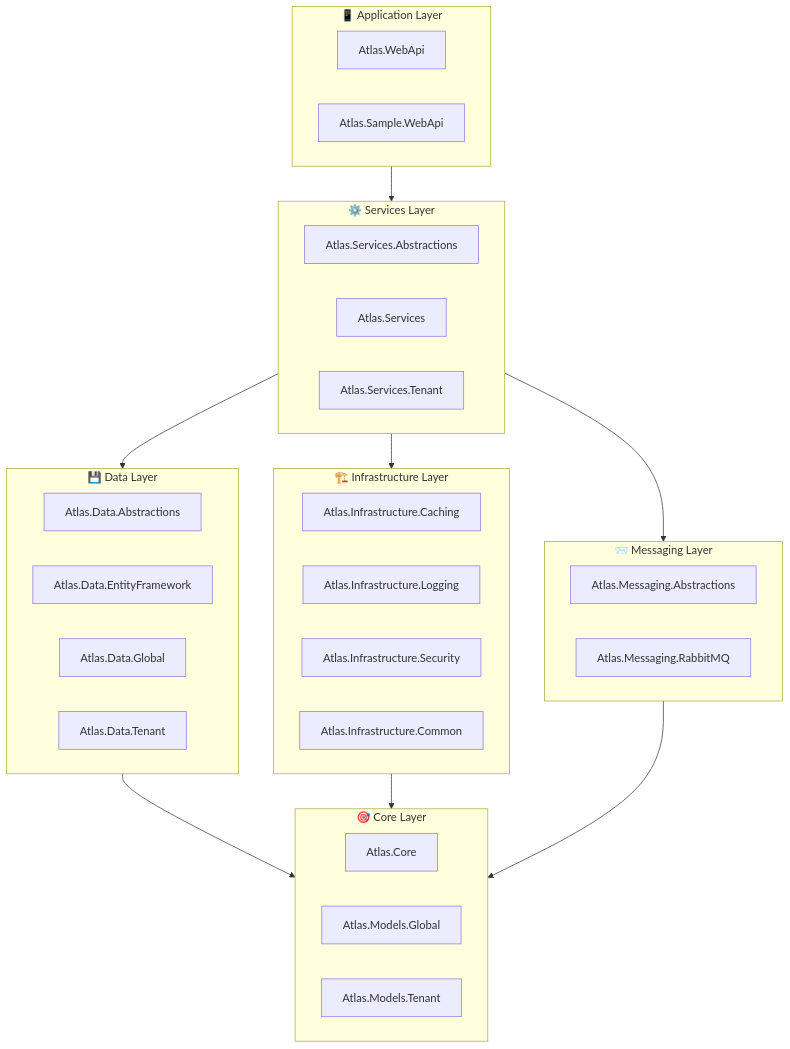
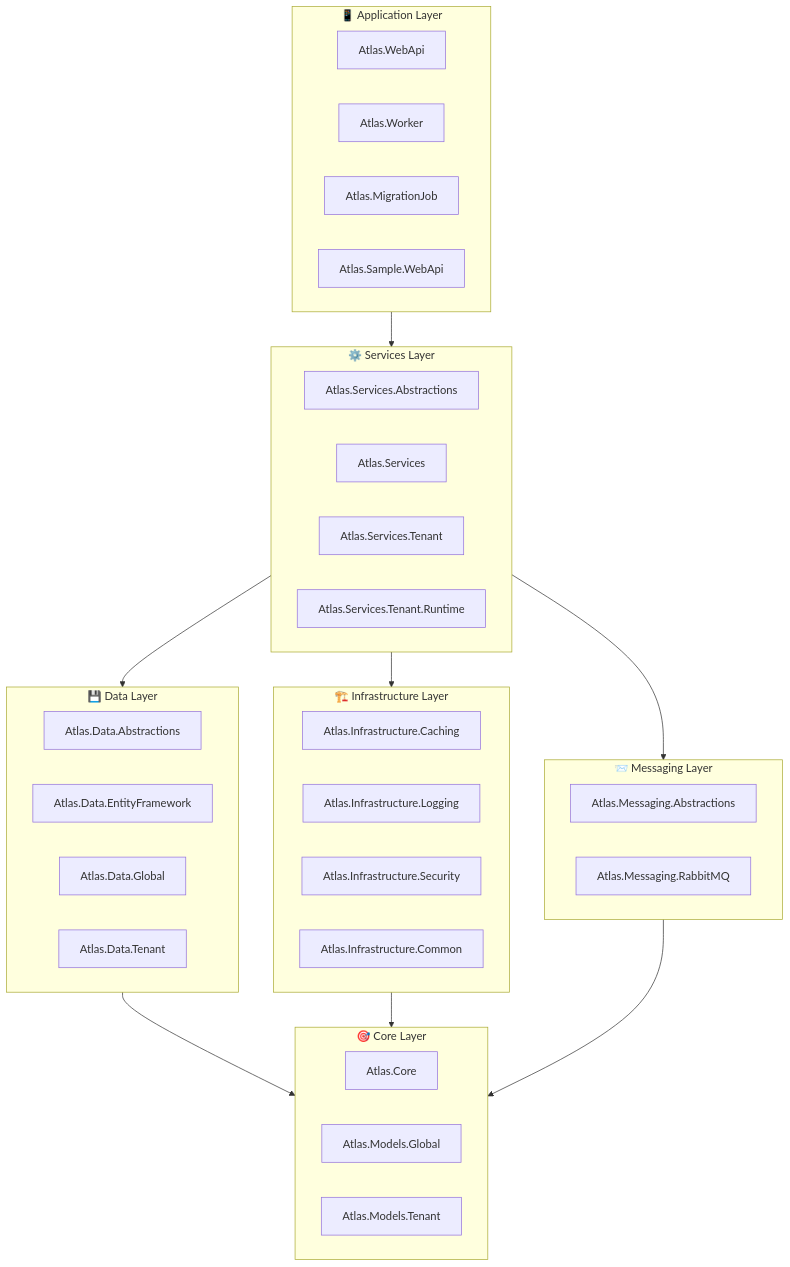
Before and after one commit to yangxing5200/Atlas: the diagram in README.md, drawn with Mermaid. The commit also changed other lines of this file and 1 other file, not shown here.

````diff
--- a/README.md
+++ b/README.md
@@ -102,46 +102,49 @@
 ```mermaid
 graph TB
     subgraph Application["📱 Application Layer"]
         WebApi["Atlas.WebApi"]
+        Worker["Atlas.Worker"]
+        MigrationJob["Atlas.MigrationJob"]
         Sample["Atlas.Sample.WebApi"]
     end
     
     subgraph Services["⚙️ Services Layer"]
         ServicesAbs["Atlas.Services.Abstractions"]
         ServicesImpl["Atlas.Services"]
         ServicesTenant["Atlas.Services.Tenant"]
+        ServicesTenantRuntime["Atlas.Services.Tenant.Runtime"]
     end
     
     subgraph Data["💾 Data Layer"]
         DataAbs["Atlas.Data.Abstractions"]
         DataEF["Atlas.Data.EntityFramework"]
         DataGlobal["Atlas.Data.Global"]
         DataTenant["Atlas.Data.Tenant"]
     end
     
     subgraph Infrastructure["🏗️ Infrastructure Layer"]
         Caching["Atlas.Infrastructure.Caching"]
         Logging["Atlas.Infrastructure.Logging"]
         Security["Atlas.Infrastructure.Security"]
         Common["Atlas.Infrastructure.Common"]
     end
     
     subgraph Messaging["📨 Messaging Layer"]
         MsgAbs["Atlas.Messaging.Abstractions"]
         MsgRabbit["Atlas.Messaging.RabbitMQ"]
     end
     
     subgraph Core["🎯 Core Layer"]
         AtlasCore["Atlas.Core"]
         ModelsGlobal["Atlas.Models.Global"]
         ModelsTenant["Atlas.Models.Tenant"]
     end
     
     Application --> Services
     Services --> Data
     Services --> Infrastructure
     Services --> Messaging
     Data --> Core
     Infrastructure --> Core
     Messaging --> Core
 ```
````
